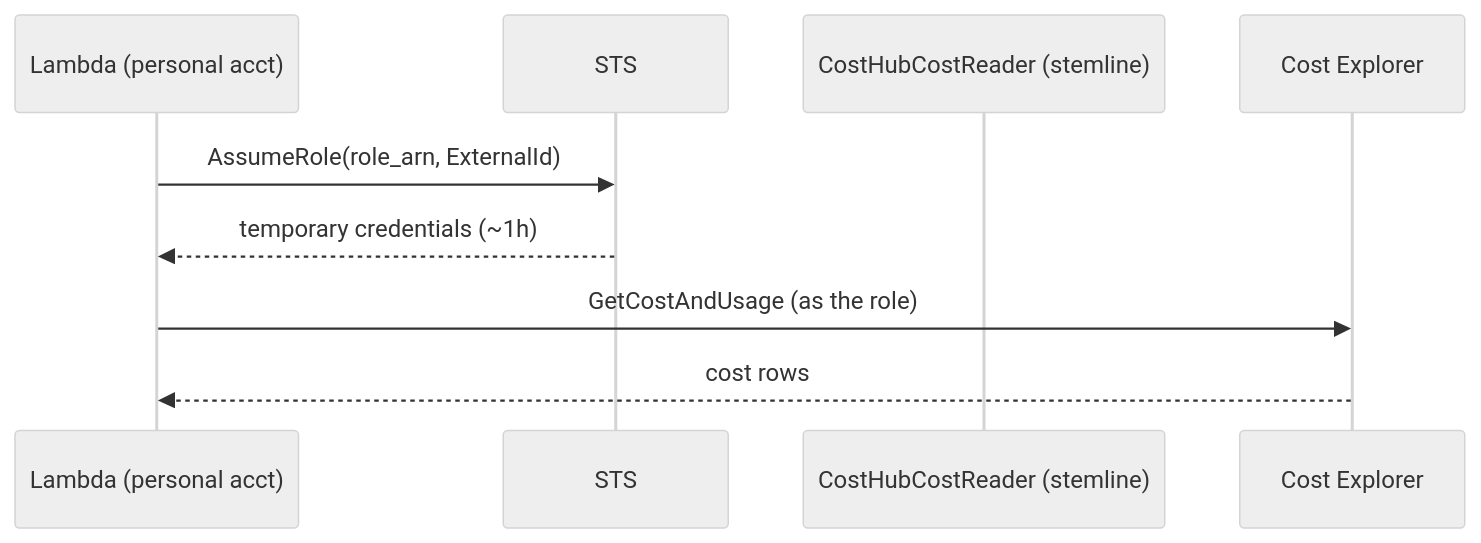
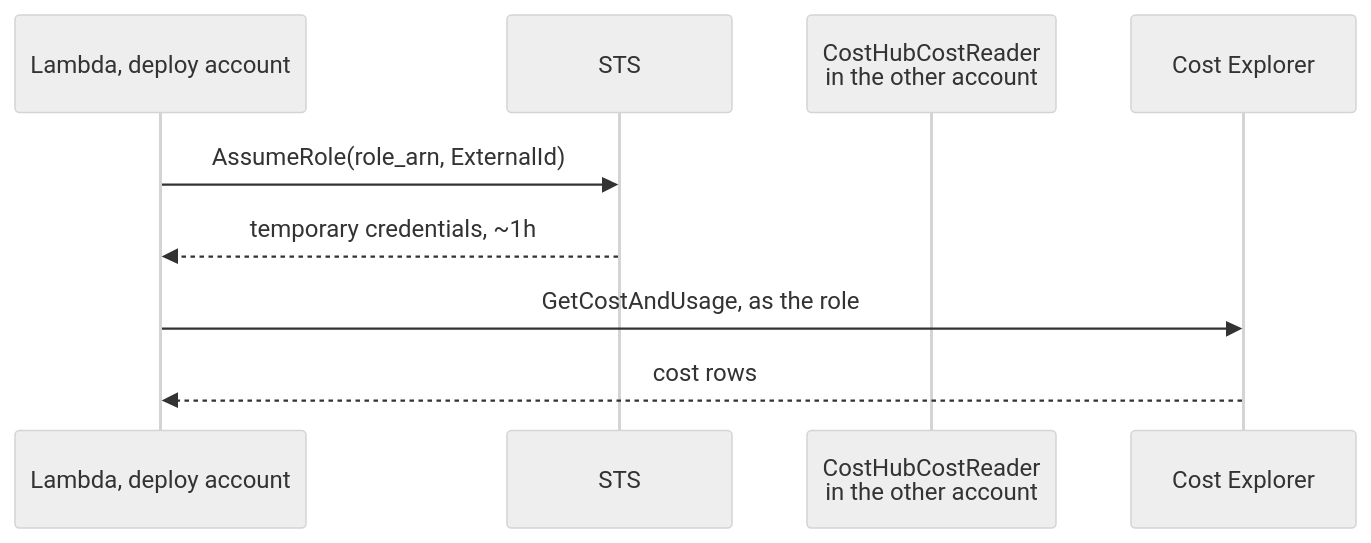
Before and after one commit to Hemanth0411/Cloud_Cost_Intelligence_Hub: the second of 2 diagrams in docs/07-security-rbac.md, drawn with Mermaid (neutral theme). The commit also changed other lines of this file and 15 other files, not shown here.

````diff
--- a/docs/07-security-rbac.md
+++ b/docs/07-security-rbac.md
@@ -245,12 +404,12 @@
 ```mermaid
 sequenceDiagram
-    participant L as Lambda (personal acct)
+    participant L as Lambda, deploy account
     participant S as STS
-    participant R as CostHubCostReader (stemline)
+    participant R as CostHubCostReader<br/>in the other account
     participant CE as Cost Explorer
 
     L->>S: AssumeRole(role_arn, ExternalId)
-    S-->>L: temporary credentials (~1h)
-    L->>CE: GetCostAndUsage (as the role)
+    S-->>L: temporary credentials, ~1h
+    L->>CE: GetCostAndUsage, as the role
     CE-->>L: cost rows
 ```
````
